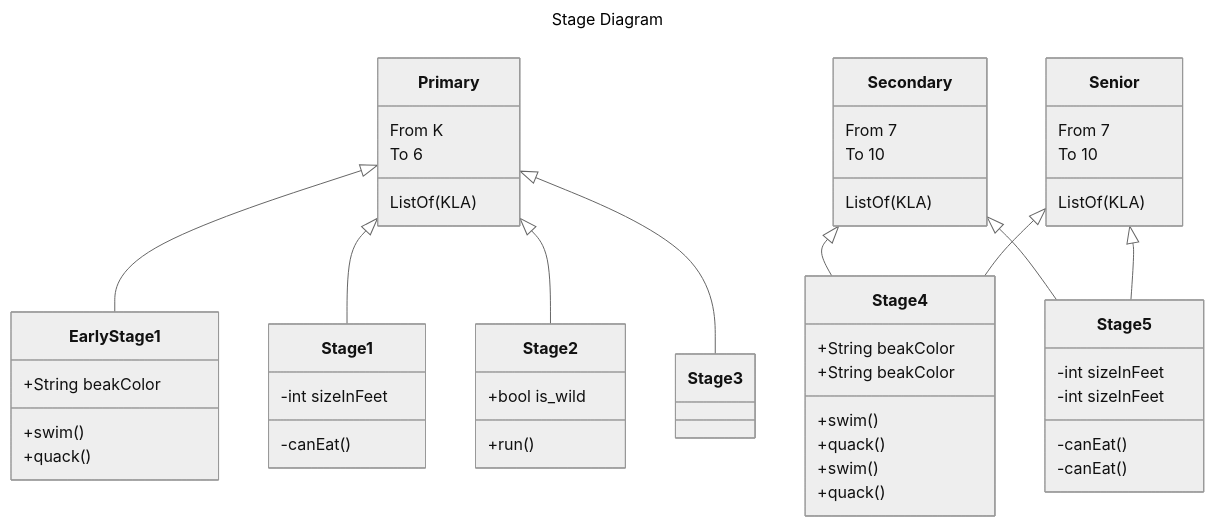
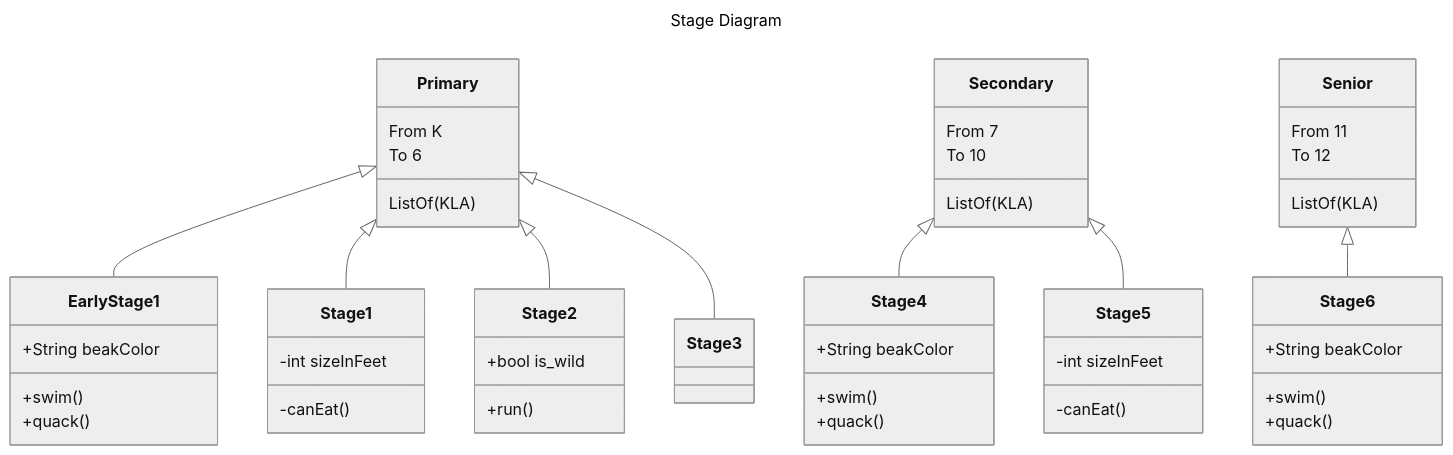
One commit to librelab/gurukul changed the diagram in README.md. Above: the diagram before and after it, drawn with Mermaid (neutral theme).

````diff
--- a/README.md
+++ b/README.md
@@ -55,54 +55,49 @@
 ```mermaid
 ---
 title: Stage Diagram
 ---
 classDiagram
     Primary <|-- Early Stage1
     Primary <|-- Stage1
     Primary <|-- Stage2
 	Primary <|-- Stage3
     Primary : From K
     Primary : To 6
     Primary: ListOf(KLA)
     class Early Stage1{
       +String beakColor
       +swim()
       +quack()
     }
     class Stage1{
       -int sizeInFeet
       -canEat()
     }
     class Stage2{
       +bool is_wild
       +run()
     }	
 	Secondary <|-- Stage4
     Secondary <|-- Stage5
     Secondary : From 7
     Secondary : To 10
     Secondary: ListOf(KLA)
     class Stage4{
       +String beakColor
       +swim()
       +quack()
     }
     class Stage5{
       -int sizeInFeet
       -canEat()
     }
-	Senior <|-- Stage4
-    Senior <|-- Stage5
-    Senior : From 7
-    Senior : To 10
+	Senior <|-- Stage6
+    Senior : From 11
+    Senior : To 12
     Senior: ListOf(KLA)
-    class Stage4{
+    class Stage6{
       +String beakColor
       +swim()
       +quack()
     }
-    class Stage5{
-      -int sizeInFeet
-      -canEat()
-    }
 ```
````
